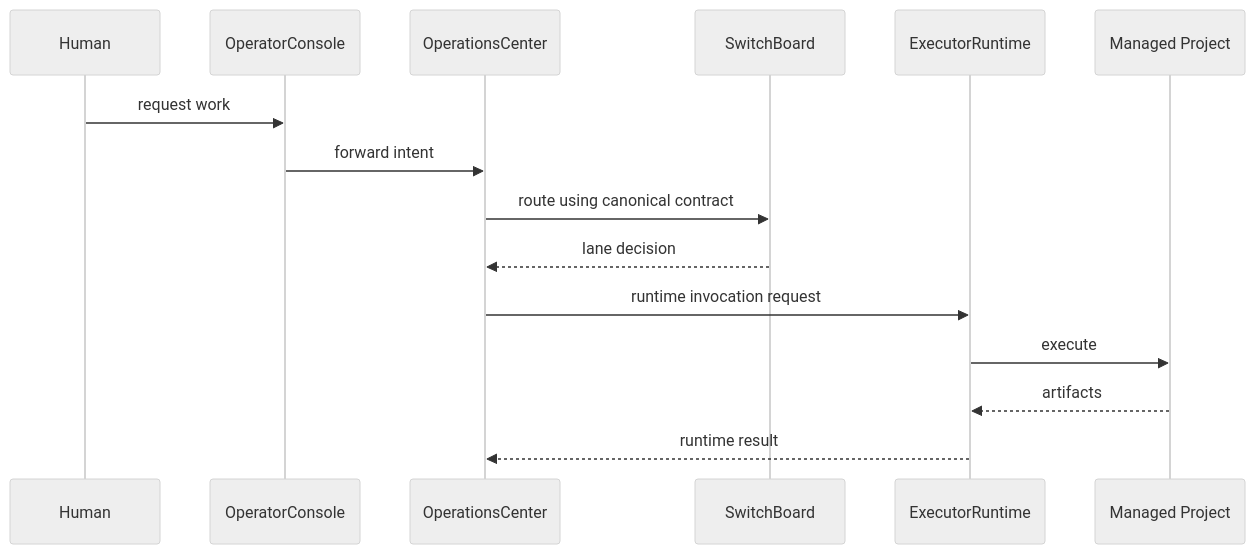
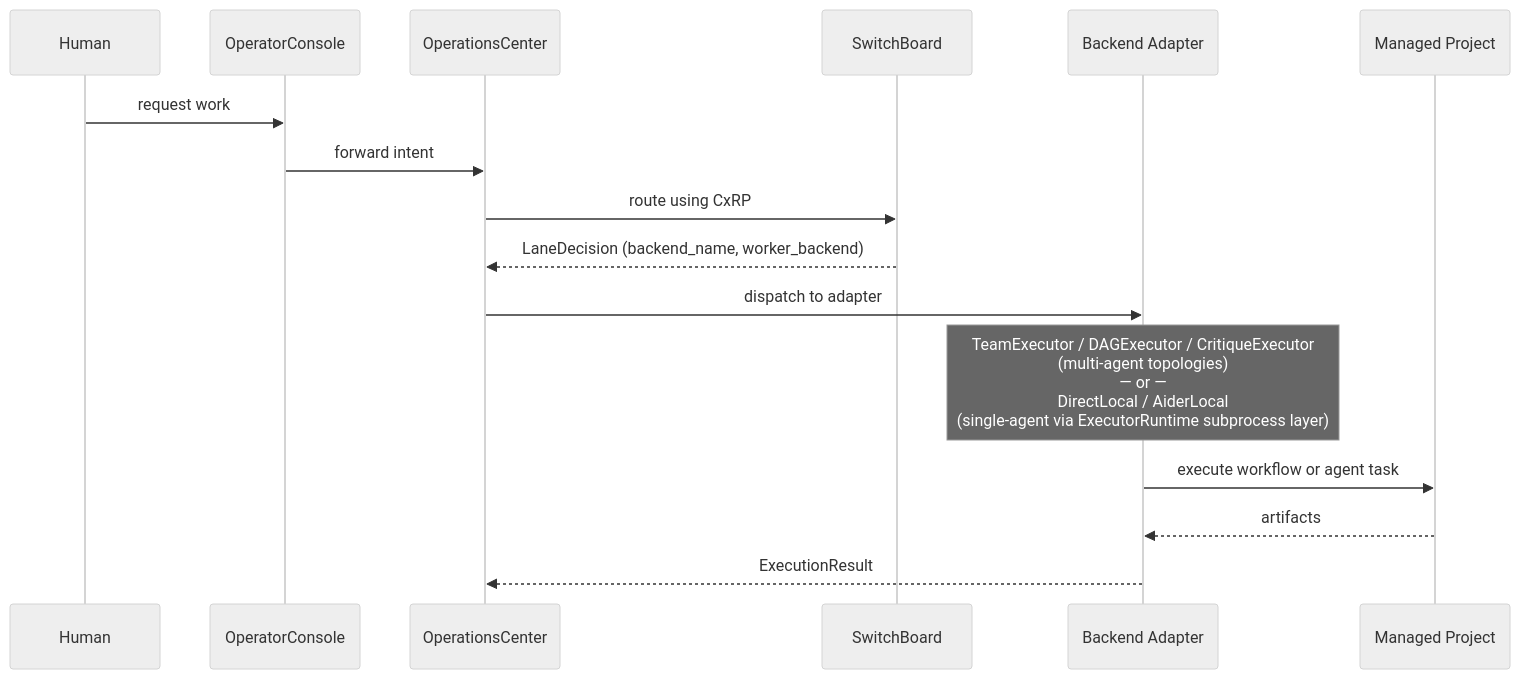
One commit to ProtocolWarden/ProtocolWarden.github.io changed the diagram in docs/diagrams/execution/sequence.md. Above: the diagram before and after it, drawn with Mermaid (neutral theme). The commit also changed other lines of this file and 17 other files, not shown here.

First line of the commit message:
docs: correct ExecutorRuntime role across all documentation

````diff
--- a/docs/diagrams/execution/sequence.md
+++ b/docs/diagrams/execution/sequence.md
@@ -3,18 +3,19 @@
 ```mermaid
 sequenceDiagram
     participant Human
     participant Console as OperatorConsole
     participant OC as OperationsCenter
     participant SB as SwitchBoard
-    participant ER as ExecutorRuntime
+    participant BE as Backend Adapter
     participant Managed as Managed Project
 
     Human->>Console: request work
     Console->>OC: forward intent
-    OC->>SB: route using canonical contract
-    SB-->>OC: lane decision
-    OC->>ER: runtime invocation request
-    ER->>Managed: execute
-    Managed-->>ER: artifacts
-    ER-->>OC: runtime result
+    OC->>SB: route using CxRP
+    SB-->>OC: LaneDecision (backend_name, worker_backend)
+    OC->>BE: dispatch to adapter
+    note over BE: TeamExecutor / DAGExecutor / CritiqueExecutor<br/>(multi-agent topologies)<br/>— or —<br/>DirectLocal / AiderLocal<br/>(single-agent via ExecutorRuntime subprocess layer)
+    BE->>Managed: execute workflow or agent task
+    Managed-->>BE: artifacts
+    BE-->>OC: ExecutionResult
 ```
````
